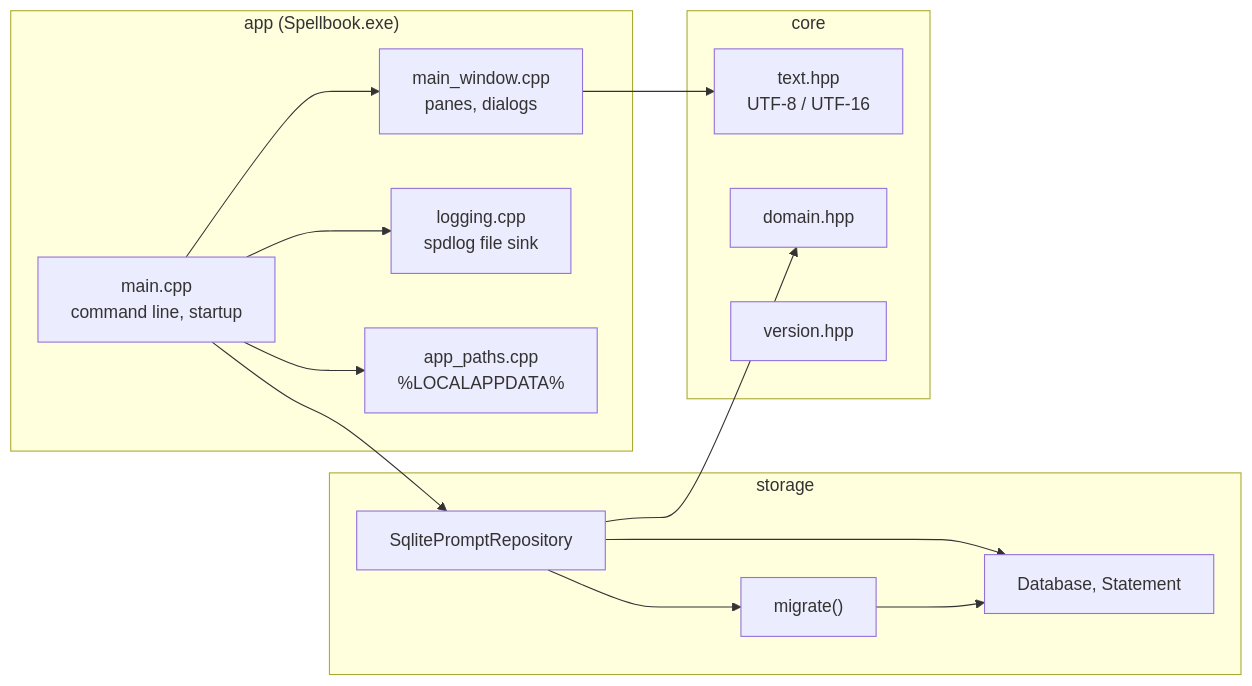
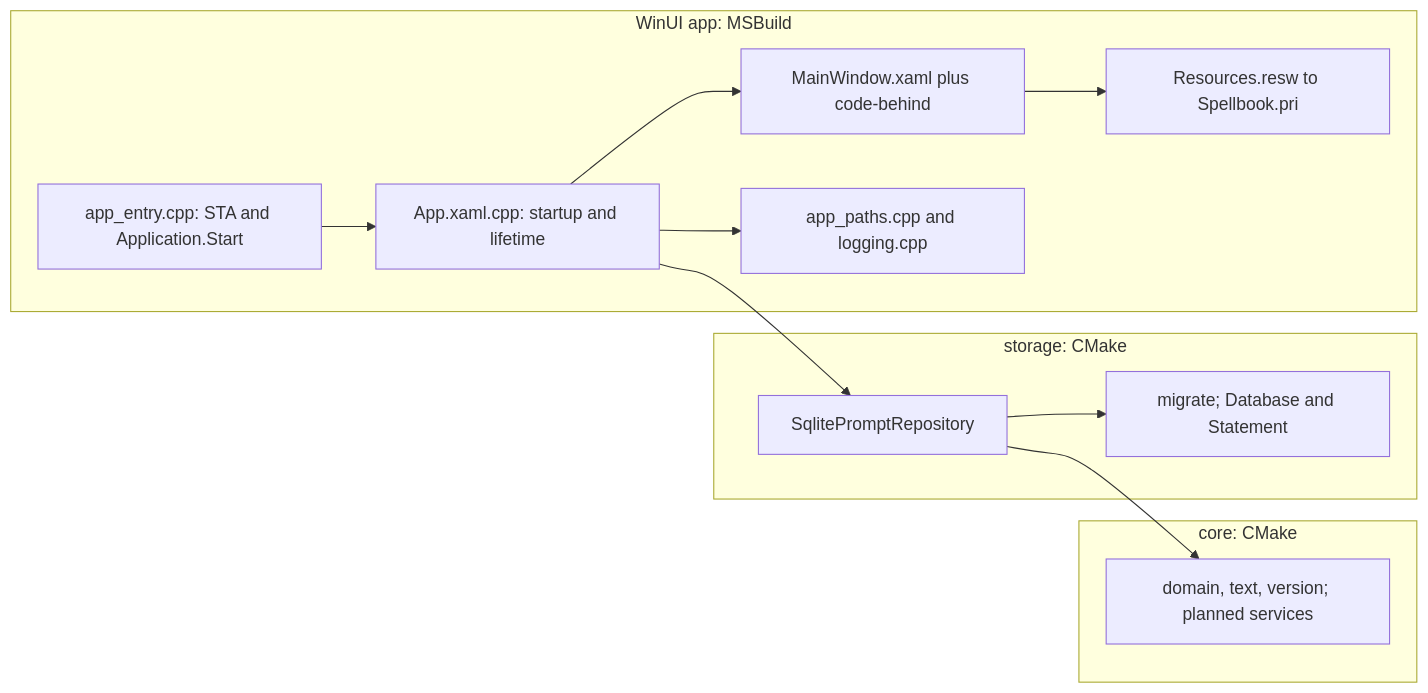
Before and after one commit to rizonesoft/Spellbook: the diagram in docs/architecture.md, drawn with Mermaid. The commit also changed other lines of this file and 22 other files, not shown here.

First line of the commit message:
docs: winui patterns skill, ui standard, and architecture (D00 T02 §5)

````diff
--- a/docs/architecture.md
+++ b/docs/architecture.md
@@ -19,28 +19,24 @@
 ```mermaid
 flowchart LR
-    subgraph app["app (Spellbook.exe)"]
-        main["main.cpp<br/>command line, startup"]
-        win["main_window.cpp<br/>panes, dialogs"]
-        log["logging.cpp<br/>spdlog file sink"]
-        paths["app_paths.cpp<br/>%LOCALAPPDATA%"]
+    subgraph app["WinUI app: MSBuild"]
+        entry["app_entry.cpp: STA and Application.Start"]
+        application["App.xaml.cpp: startup and lifetime"]
+        shell["MainWindow.xaml plus code-behind"]
+        resources["Resources.resw to Spellbook.pri"]
+        helpers["app_paths.cpp and logging.cpp"]
     end
-    subgraph storage
+    subgraph storage["storage: CMake"]
         repo["SqlitePromptRepository"]
-        mig["migrate()"]
-        dbw["Database, Statement"]
+        migration["migrate; Database and Statement"]
     end
-    subgraph core
-        text["text.hpp<br/>UTF-8 / UTF-16"]
-        dom["domain.hpp"]
-        ver["version.hpp"]
+    subgraph core["core: CMake"]
+        domain["domain, text, version; planned services"]
     end
-    main --> paths
-    main --> log
-    main --> repo
-    main --> win
-    win --> text
-    repo --> mig
-    repo --> dbw
-    mig --> dbw
-    repo --> dom
+    entry --> application
+    application --> helpers
+    application --> repo
+    application --> shell
+    shell --> resources
+    repo --> migration
+    repo --> domain
 ```
````
